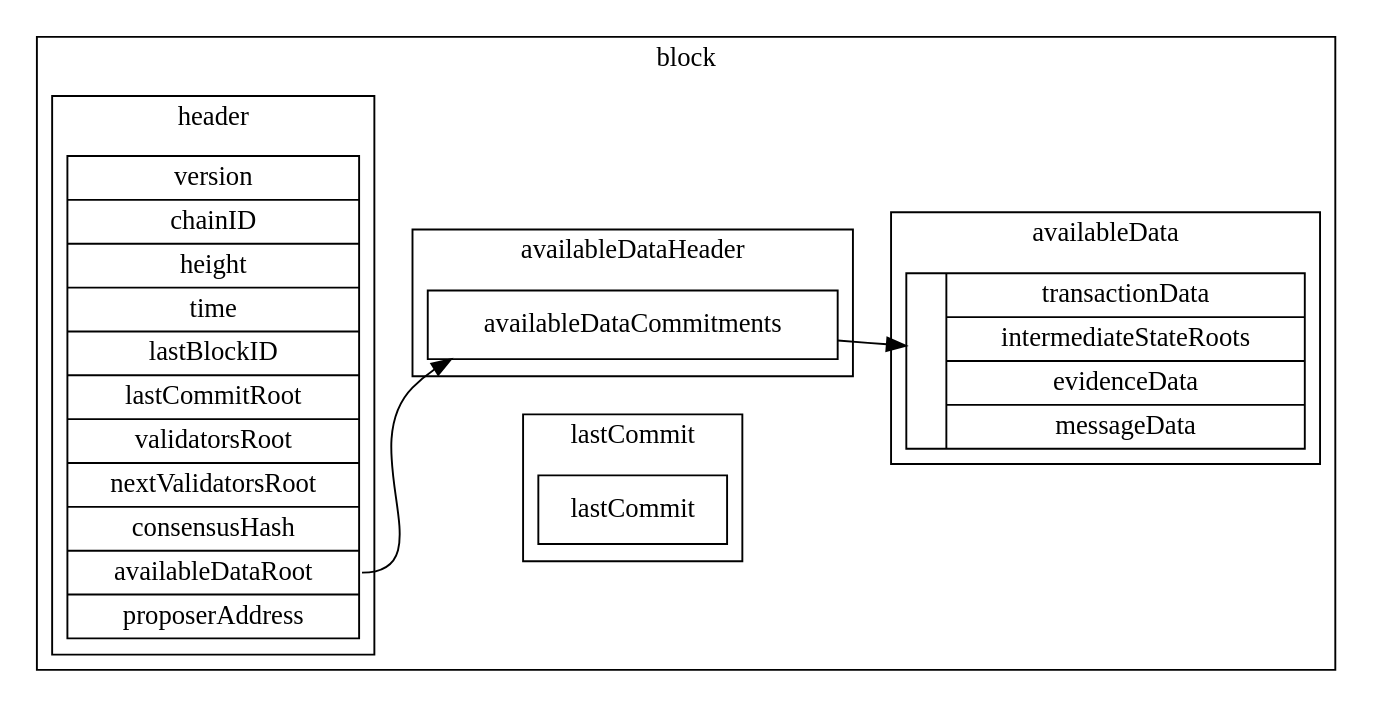
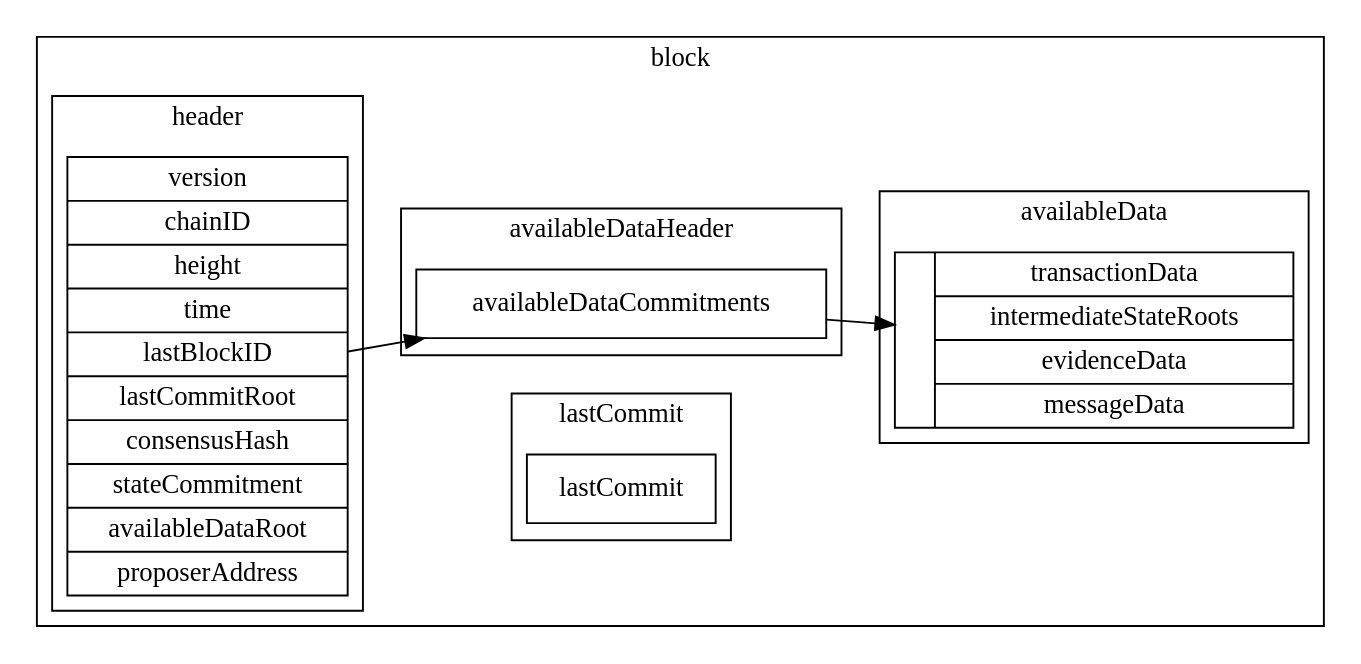
The diagram in specs/figures/block_data_structures.dot (celestiaorg/celestia-specs), drawn with Graphviz before and after one commit. The commit also changed 1 other file, not shown here.

Commit message:
Update data structure architecture doc.

```diff
--- a/specs/figures/block_data_structures.dot
+++ b/specs/figures/block_data_structures.dot
@@ -1,35 +1,35 @@
 digraph G {
     rankdir = "LR";
     node [shape = record];
 
     subgraph cluster_block {
         label = "block";
 
         subgraph cluster_lastcommit {
             label = "lastCommit";
             struct4 [label = "{lastCommit}"];
         }
 
         subgraph cluster_body {
             label = "availableData";
             struct3 [label = "{ | { transactionData | intermediateStateRoots | evidenceData | messageData } }"];
         }
 
         subgraph cluster_availableheader {
             label = "availableDataHeader";
             struct2 [label = "{<f0> availableDataCommitments}"];
         }
 
         subgraph cluster_header {
             label = "header";
-            struct1 [label = "version | chainID | height | time | lastBlockID | lastCommitRoot | validatorsRoot | nextValidatorsRoot | consensusHash | <f9> availableDataRoot | proposerAddress"];
+            struct1 [label = "version | chainID | height | time | lastBlockID | lastCommitRoot | consensusHash | stateCommitment | <f8> availableDataRoot | proposerAddress"];
         }
     }
 
     struct1:f9 -> struct2;
     struct2:f0 -> struct3;
 
     edge [style = invis];
     struct1 -> struct3;
     struct1 -> struct4;
 }
```
